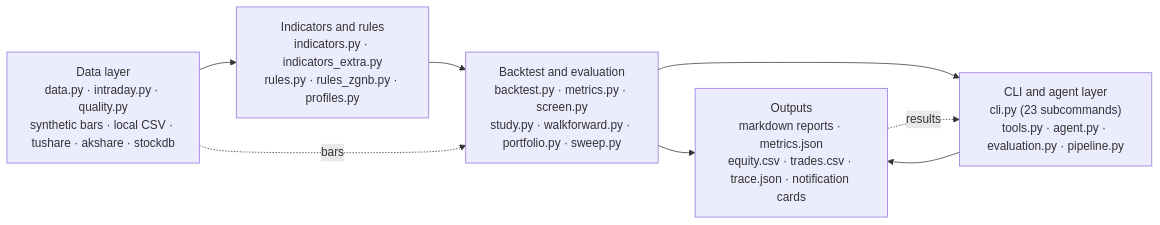
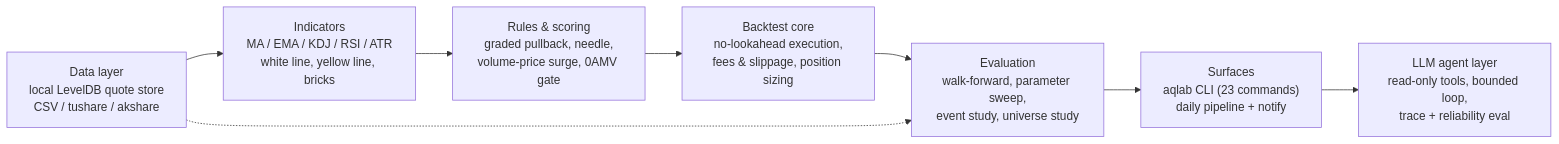
Before and after one commit to zwb-tj/ashare-quant-lab: the diagram in README.en.md, drawn with Mermaid. The commit also changed other lines of this file and 7 other files, not shown here.

````diff
--- a/README.en.md
+++ b/README.en.md
@@ -99,10 +70,10 @@
 ```mermaid
-graph LR
-    DATA["Data layer<br/>data.py · intraday.py · quality.py<br/>synthetic bars · local CSV · tushare · akshare · stockdb"] --> IND["Indicators and rules<br/>indicators.py · indicators_extra.py<br/>rules.py · rules_zgnb.py · profiles.py"]
-    IND --> BT["Backtest and evaluation<br/>backtest.py · metrics.py · screen.py<br/>study.py · walkforward.py · portfolio.py · sweep.py"]
-    BT --> OUT["Outputs<br/>markdown reports · metrics.json<br/>equity.csv · trades.csv · trace.json · notification cards"]
-    BT --> CLI["CLI and agent layer<br/>cli.py (23 subcommands)<br/>tools.py · agent.py · evaluation.py · pipeline.py"]
-    CLI --> OUT
-    DATA -. "bars" .-> BT
-    OUT -. "results" .-> CLI
+flowchart LR
+    A["Data layer<br/>local LevelDB quote store<br/>CSV / tushare / akshare"] --> B["Indicators<br/>MA / EMA / KDJ / RSI / ATR<br/>white line, yellow line, bricks"]
+    B --> C["Rules & scoring<br/>graded pullback, needle,<br/>volume-price surge, 0AMV gate"]
+    C --> D["Backtest core<br/>no-lookahead execution,<br/>fees &amp; slippage, position sizing"]
+    D --> E["Evaluation<br/>walk-forward, parameter sweep,<br/>event study, universe study"]
+    E --> F["Surfaces<br/>aqlab CLI (23 commands)<br/>daily pipeline + notify"]
+    F --> G["LLM agent layer<br/>read-only tools, bounded loop,<br/>trace + reliability eval"]
+    A -.-> E
 ```
````
